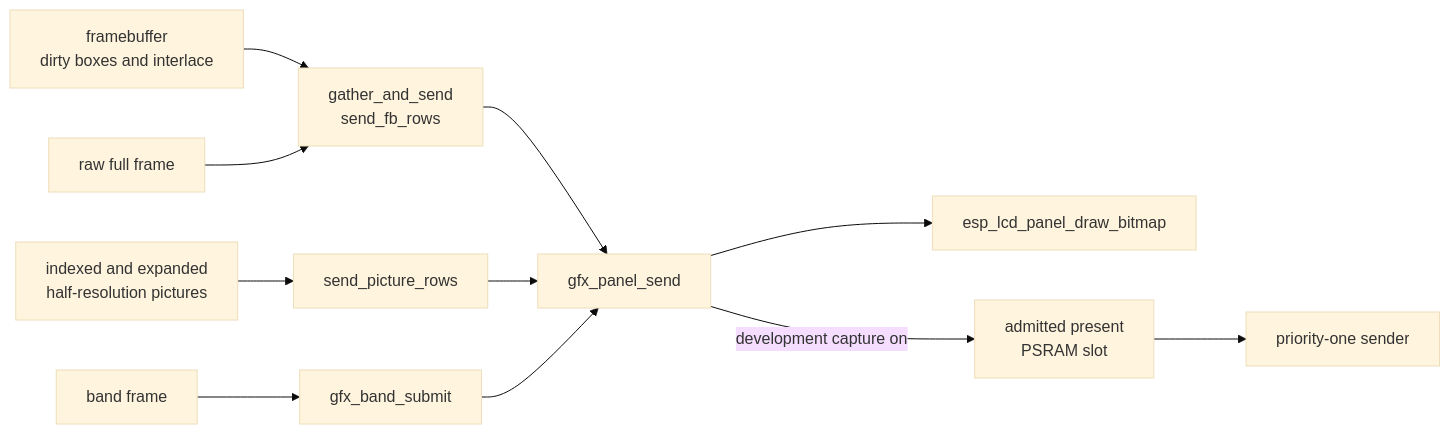
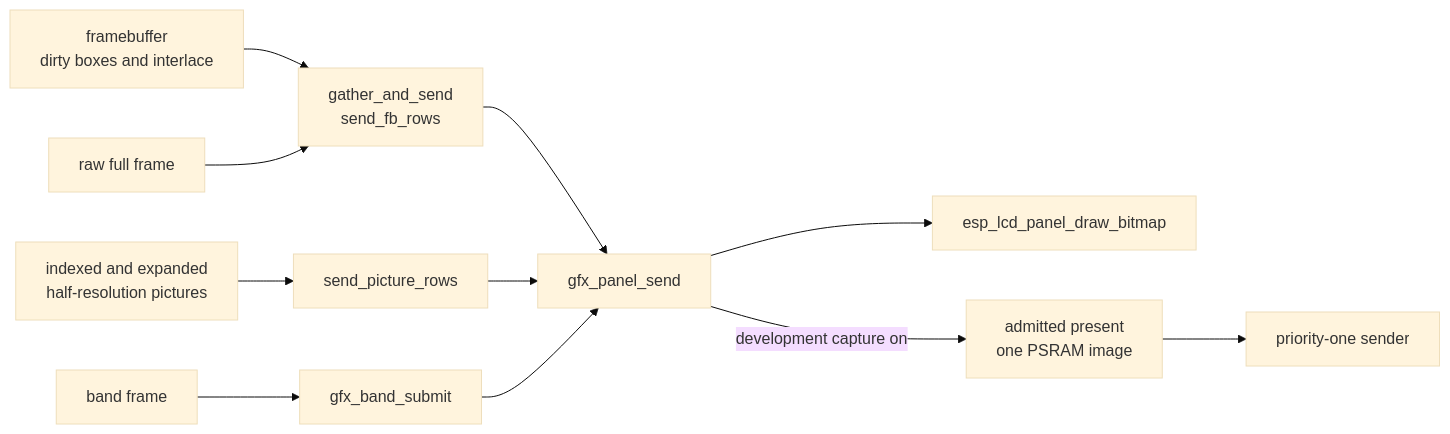
Before and after one commit to jose-villegas/autana: the first of 4 diagrams in docs/gfx/Present.md, drawn with Mermaid (base theme). The commit also changed other lines of this file, not shown here.

Commit message:
docs: show the single capture image in panel dispatch

````diff
--- a/docs/gfx/Present.md
+++ b/docs/gfx/Present.md
@@ -5,13 +5,13 @@
 ```mermaid
 flowchart LR
     FB["framebuffer<br/>dirty boxes and interlace"] --> ROW["gather_and_send<br/>send_fb_rows"]
     RAW["raw full frame"] --> ROW
     PIC["indexed and expanded<br/>half-resolution pictures"] --> EXP["send_picture_rows"]
     BAND["band frame"] --> SUB["gfx_band_submit"]
     ROW --> SEND["gfx_panel_send"]
     EXP --> SEND
     SUB --> SEND
     SEND --> LCD["esp_lcd_panel_draw_bitmap"]
-    SEND -->|"development capture on"| CAP["admitted present<br/>PSRAM slot"]
+    SEND -->|"development capture on"| CAP["admitted present<br/>one PSRAM image"]
     CAP --> TX["priority-one sender"]
 ```
````
